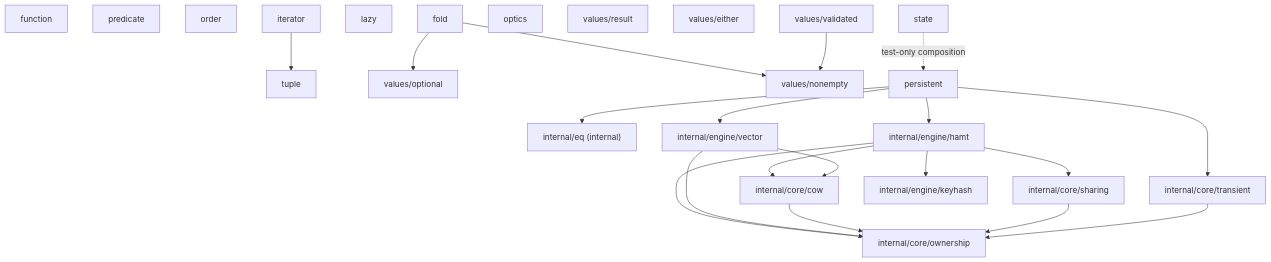
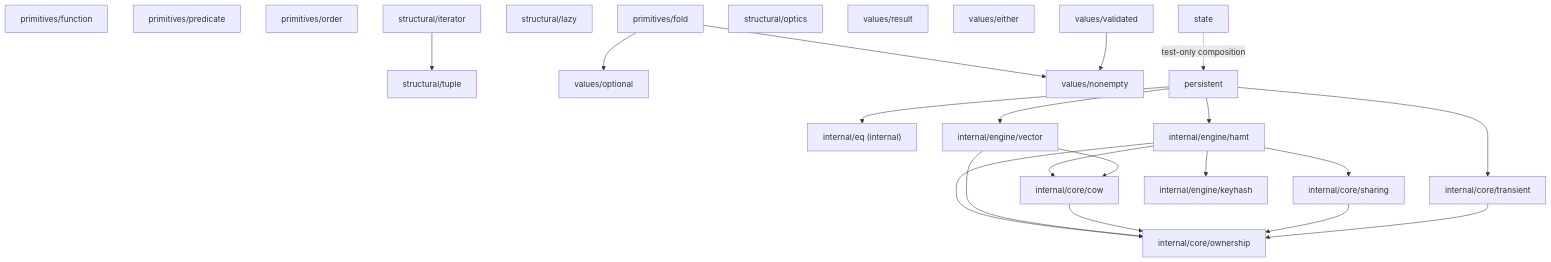
One commit to alvadorncorp/functional-go changed the diagram in docs/overview.md. Above: the diagram before and after it, drawn with Mermaid. The commit also changed other lines of this file and 128 other files, not shown here.

First line of the commit message:
refactor(functional)!: group packages under primitives and structural

````diff
--- a/docs/overview.md
+++ b/docs/overview.md
@@ -188,45 +192,45 @@
 ```mermaid
 flowchart TB
-  function[function]
-  predicate[predicate]
-  order[order]
-  fold[fold]
-  tuple[tuple]
-  lazy[lazy]
-  iterator[iterator]
-  optics[optics]
+  function[primitives/function]
+  predicate[primitives/predicate]
+  order[primitives/order]
+  fold[primitives/fold]
+  tuple[structural/tuple]
+  lazy[structural/lazy]
+  iterator[structural/iterator]
+  optics[structural/optics]
   valuesOptional[values/optional]
   valuesResult[values/result]
   valuesEither[values/either]
   valuesNonEmpty[values/nonempty]
   valuesValidated[values/validated]
   persistent[persistent]
   state[state]
   eq["internal/eq (internal)"]
   ownership["internal/core/ownership"]
   cow["internal/core/cow"]
   sharing["internal/core/sharing"]
   transient["internal/core/transient"]
   hamt["internal/engine/hamt"]
   vector["internal/engine/vector"]
   keyhash["internal/engine/keyhash"]
 
   fold --> valuesOptional
   fold --> valuesNonEmpty
   iterator --> tuple
   valuesValidated --> valuesNonEmpty
   persistent --> eq
   persistent --> transient
   persistent --> hamt
   persistent --> vector
   hamt --> ownership
   hamt --> cow
   hamt --> sharing
   hamt --> keyhash
   vector --> ownership
   vector --> cow
   cow --> ownership
   sharing --> ownership
   transient --> ownership
   state -.->|test-only composition| persistent
 ```
````
